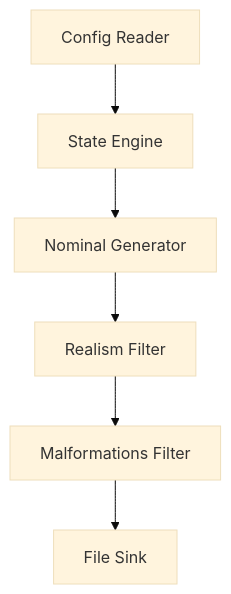
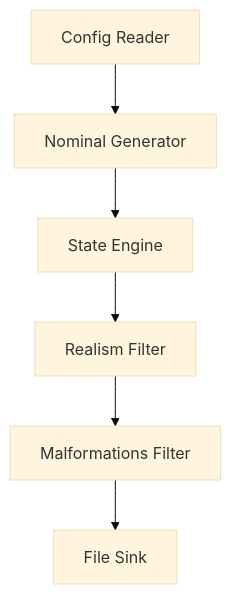
One commit to JohnTippie/stochastic_data_generator changed the first of 3 diagrams in docs/hld.md. Above: the diagram before and after it, drawn with Mermaid (base theme). The commit also changed other lines of this file, not shown here.

````diff
--- a/docs/hld.md
+++ b/docs/hld.md
@@ -23,8 +23,8 @@
 ```mermaid
 flowchart TD
-    A[Config Reader] --> B[State Engine]
-    B --> C[Nominal Generator]
+    A[Config Reader] --> B[Nominal Generator]
+    B --> C[State Engine]
     C --> D[Realism Filter]
     D --> E[Malformations Filter]
     E --> F[File Sink]
 ```
````
